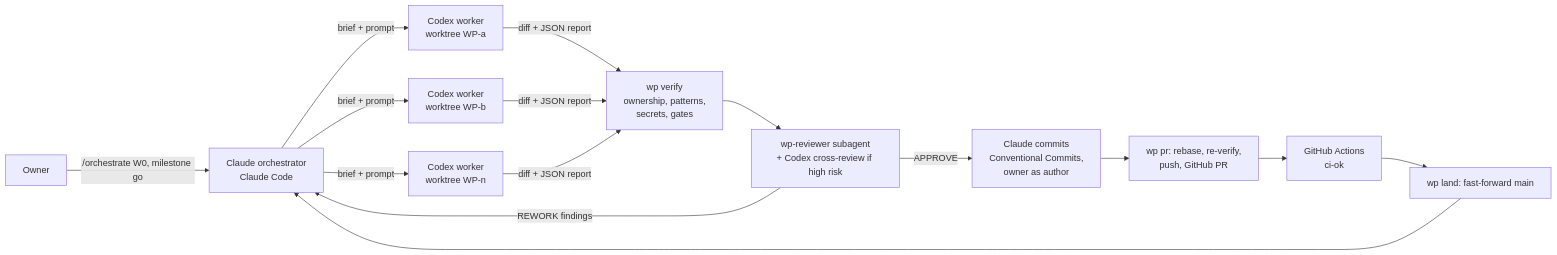
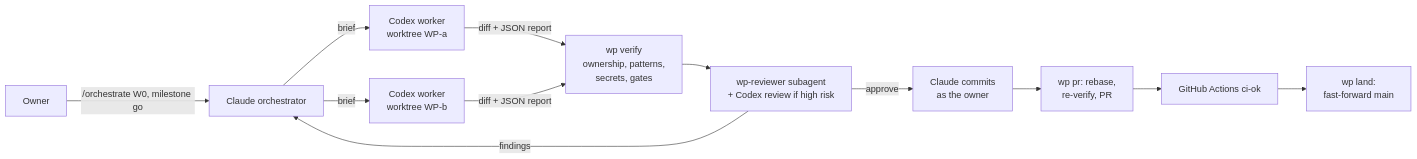
The first of 2 diagrams in ORCHESTRATION.md (Julian-AT/sv-lotse), drawn with Mermaid before and after one commit. The commit also changed other lines of this file and 2 other files, not shown here.

````diff
--- a/ORCHESTRATION.md
+++ b/ORCHESTRATION.md
@@ -31,15 +15,13 @@
 ```mermaid
 flowchart LR
-    O[Owner] -- "/orchestrate W0, milestone go" --> C[Claude orchestrator<br/>Claude Code]
-    C -- brief + prompt --> W1[Codex worker<br/>worktree WP-a]
-    C -- brief + prompt --> W2[Codex worker<br/>worktree WP-b]
-    C -- brief + prompt --> W3[Codex worker<br/>worktree WP-n]
-    W1 & W2 & W3 -- diff + JSON report --> V[wp verify<br/>ownership, patterns,<br/>secrets, gates]
-    V --> R[wp-reviewer subagent<br/>+ Codex cross-review if high risk]
-    R -- REWORK findings --> C
-    R -- APPROVE --> K[Claude commits<br/>Conventional Commits,<br/>owner as author]
-    K --> P[wp pr: rebase, re-verify,<br/>push, GitHub PR]
-    P --> CI[GitHub Actions<br/>ci-ok]
-    CI --> L[wp land: fast-forward main]
-    L --> C
+    O[Owner] -- "/orchestrate W0, milestone go" --> C[Claude orchestrator]
+    C -- brief --> W1[Codex worker<br/>worktree WP-a]
+    C -- brief --> W2[Codex worker<br/>worktree WP-b]
+    W1 & W2 -- diff + JSON report --> V[wp verify<br/>ownership, patterns,<br/>secrets, gates]
+    V --> R[wp-reviewer subagent<br/>+ Codex review if high risk]
+    R -- findings --> C
+    R -- approve --> K[Claude commits<br/>as the owner]
+    K --> P[wp pr: rebase,<br/>re-verify, PR]
+    P --> CI[GitHub Actions ci-ok]
+    CI --> L[wp land:<br/>fast-forward main]
 ```
````
